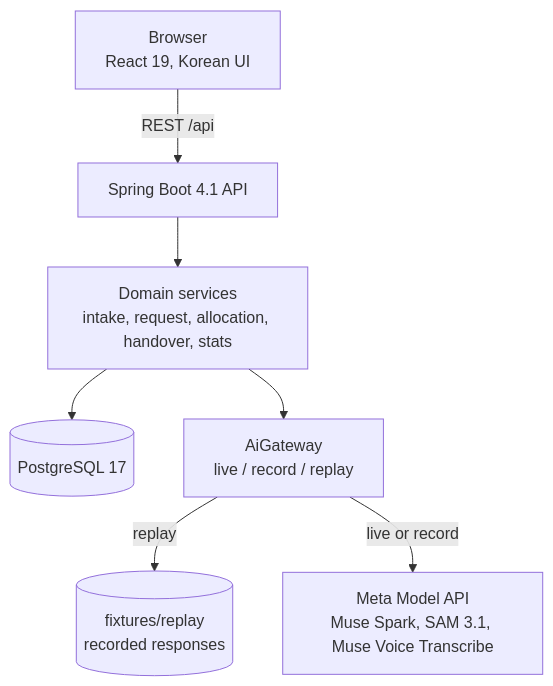
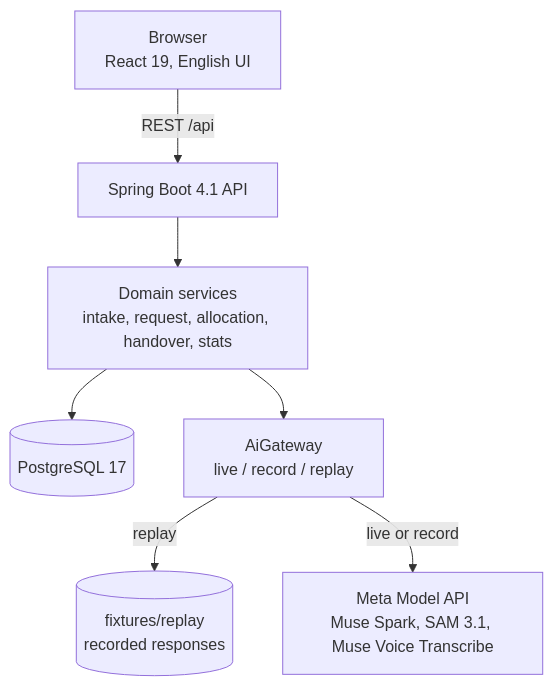
Before and after one commit to After-Booth/after-booth: the diagram in README.md, drawn with Mermaid. The commit also changed other lines of this file and 116 other files, not shown here.

````diff
--- a/README.md
+++ b/README.md
@@ -38,9 +38,9 @@
 ```mermaid
 flowchart TD
-    U["Browser<br/>React 19, Korean UI"] -->|REST /api| API["Spring Boot 4.1 API"]
+    U["Browser<br/>React 19, English UI"] -->|REST /api| API["Spring Boot 4.1 API"]
     API --> D["Domain services<br/>intake, request, allocation, handover, stats"]
     D --> DB[("PostgreSQL 17")]
     D --> GW["AiGateway<br/>live / record / replay"]
     GW -->|replay| FX[("fixtures/replay<br/>recorded responses")]
     GW -->|live or record| META["Meta Model API<br/>Muse Spark, SAM 3.1, Muse Voice Transcribe"]
 ```
````
